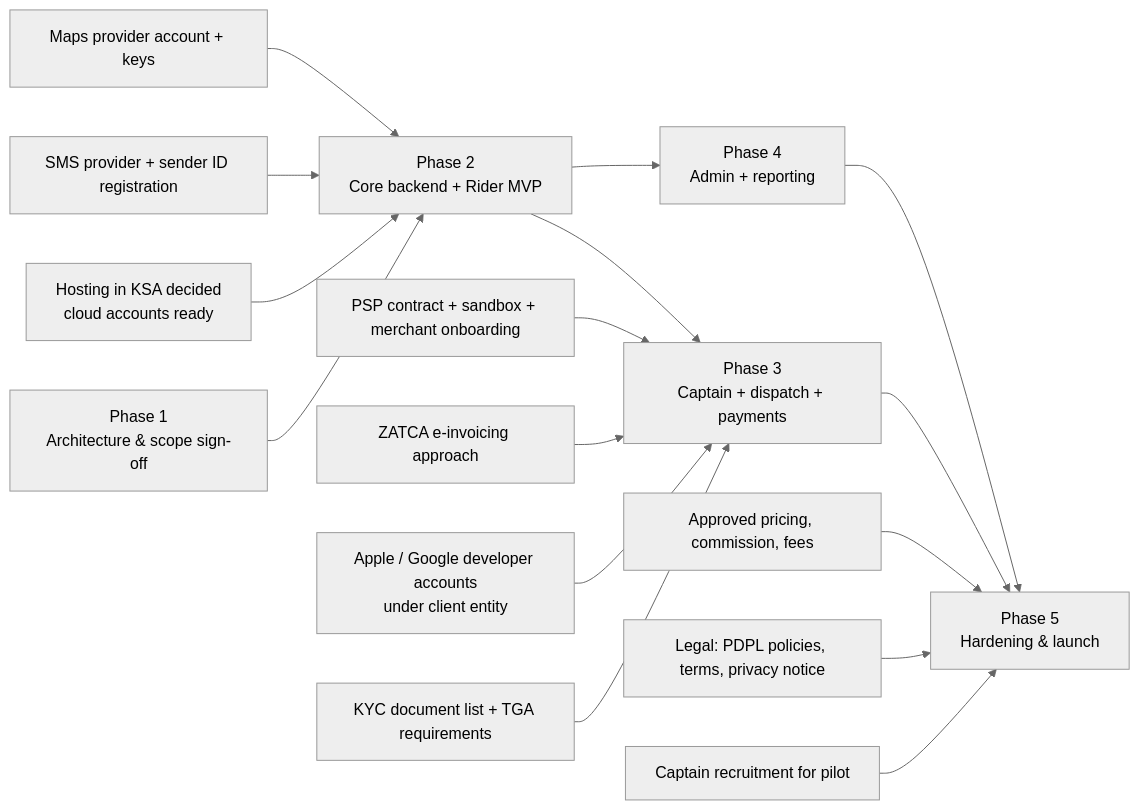
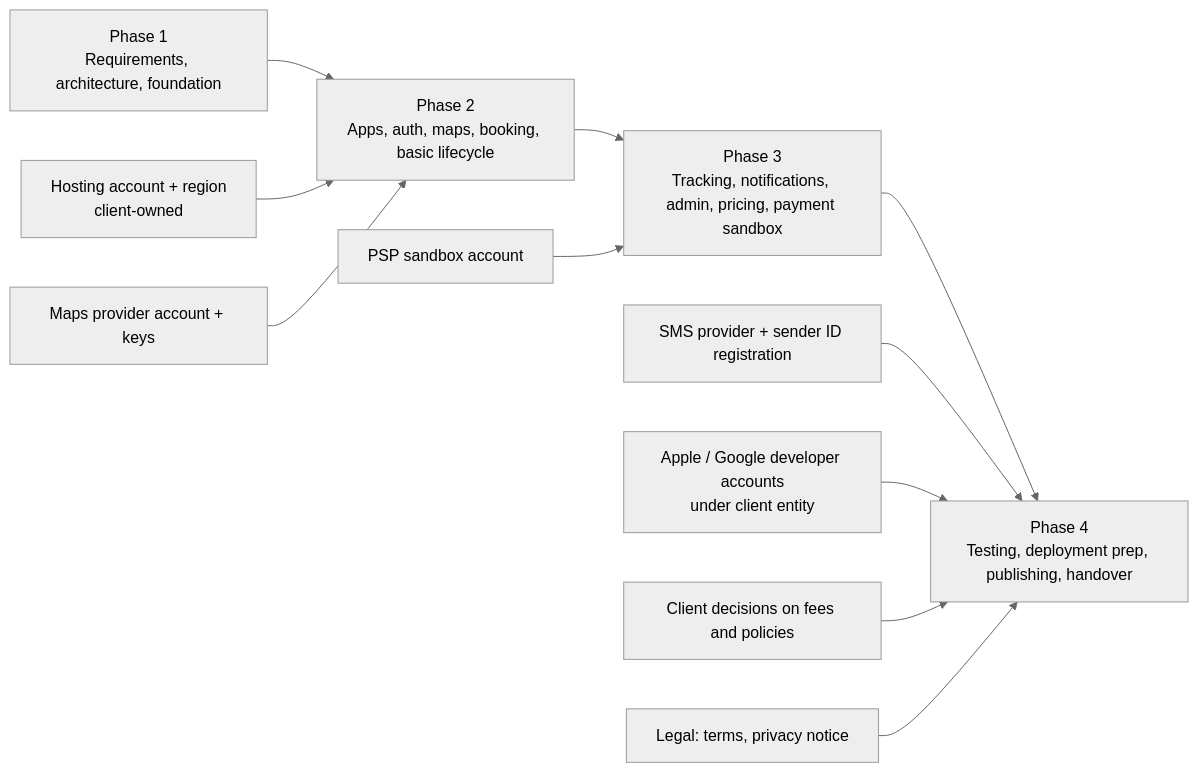
One commit to jksoftwaresolutions/mashwar-prototype changed the diagram in docs/phase1/11-project-structure-and-roadmap.md. Above: the diagram before and after it, drawn with Mermaid (neutral theme). The commit also changed other lines of this file and 286 other files, not shown here.

First line of the commit message:
Phase 1 audit and technical foundation

````diff
--- a/docs/phase1/11-project-structure-and-roadmap.md
+++ b/docs/phase1/11-project-structure-and-roadmap.md
@@ -130,19 +130,14 @@
 ```mermaid
 flowchart LR
-  P1[Phase 1<br/>Architecture & scope sign-off] --> P2[Phase 2<br/>Core backend + Rider MVP]
-  P2 --> P3[Phase 3<br/>Captain + dispatch + payments]
-  P2 --> P4[Phase 4<br/>Admin + reporting]
-  P3 --> P5[Phase 5<br/>Hardening & launch]
-  P4 --> P5
+  P1[Phase 1<br/>Requirements, architecture, foundation] --> P2[Phase 2<br/>Apps, auth, maps, booking, basic lifecycle]
+  P2 --> P3[Phase 3<br/>Tracking, notifications, admin, pricing, payment sandbox]
+  P3 --> P4[Phase 4<br/>Testing, deployment prep, publishing, handover]
 
-  X1[Hosting in KSA decided<br/>cloud accounts ready] --> P2
-  X2[SMS provider + sender ID registration] --> P2
+  X1[Hosting account + region<br/>client-owned] --> P2
   X3[Maps provider account + keys] --> P2
-  X4[PSP contract + sandbox + merchant onboarding] --> P3
-  X5[ZATCA e-invoicing approach] --> P3
-  X6[Apple / Google developer accounts<br/>under client entity] --> P3
-  X7[KYC document list + TGA requirements] --> P3
-  X8[Approved pricing, commission, fees] --> P5
-  X9[Legal: PDPL policies, terms, privacy notice] --> P5
-  X10[Captain recruitment for pilot] --> P5
+  X2[SMS provider + sender ID registration] --> P4
+  X4[PSP sandbox account] --> P3
+  X6[Apple / Google developer accounts<br/>under client entity] --> P4
+  X8[Client decisions on fees and policies] --> P4
+  X9[Legal: terms, privacy notice] --> P4
 ```
````
